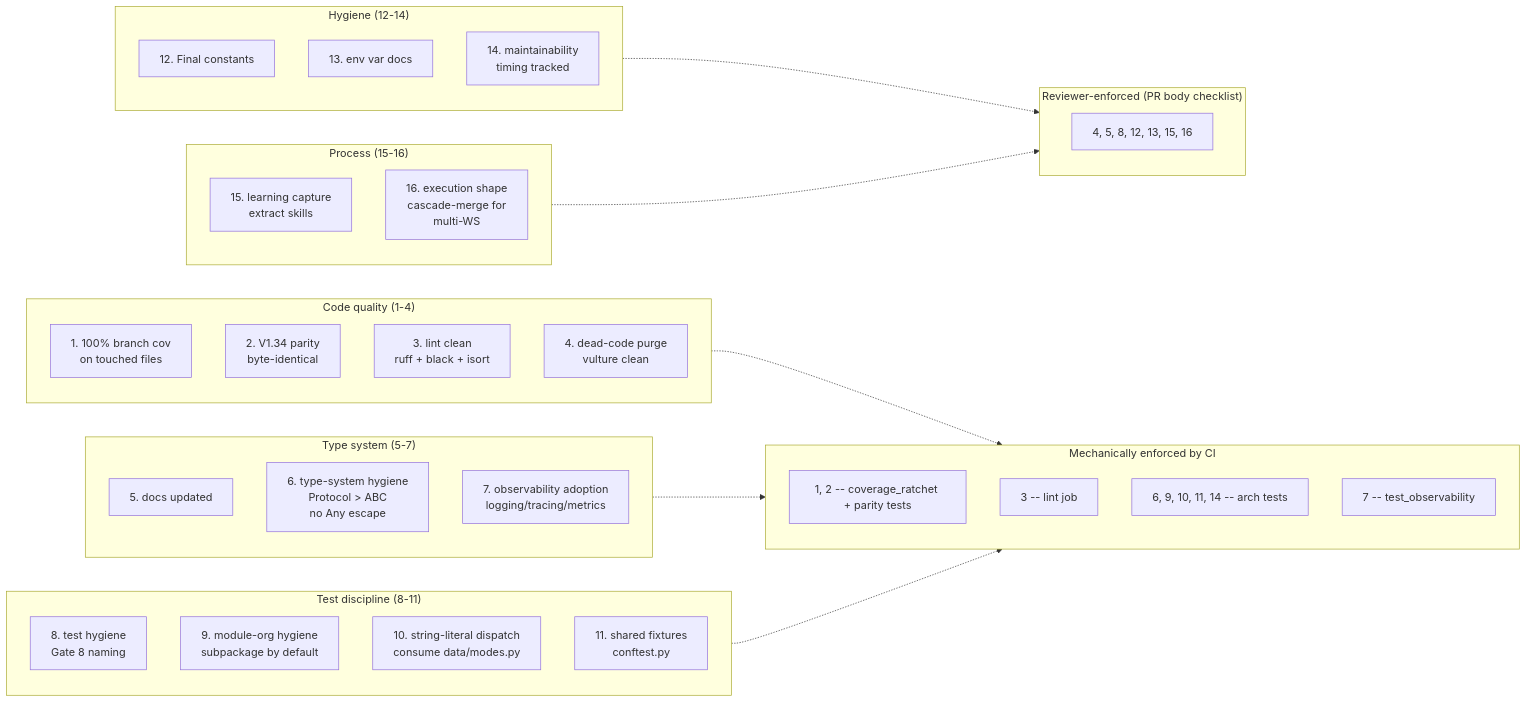
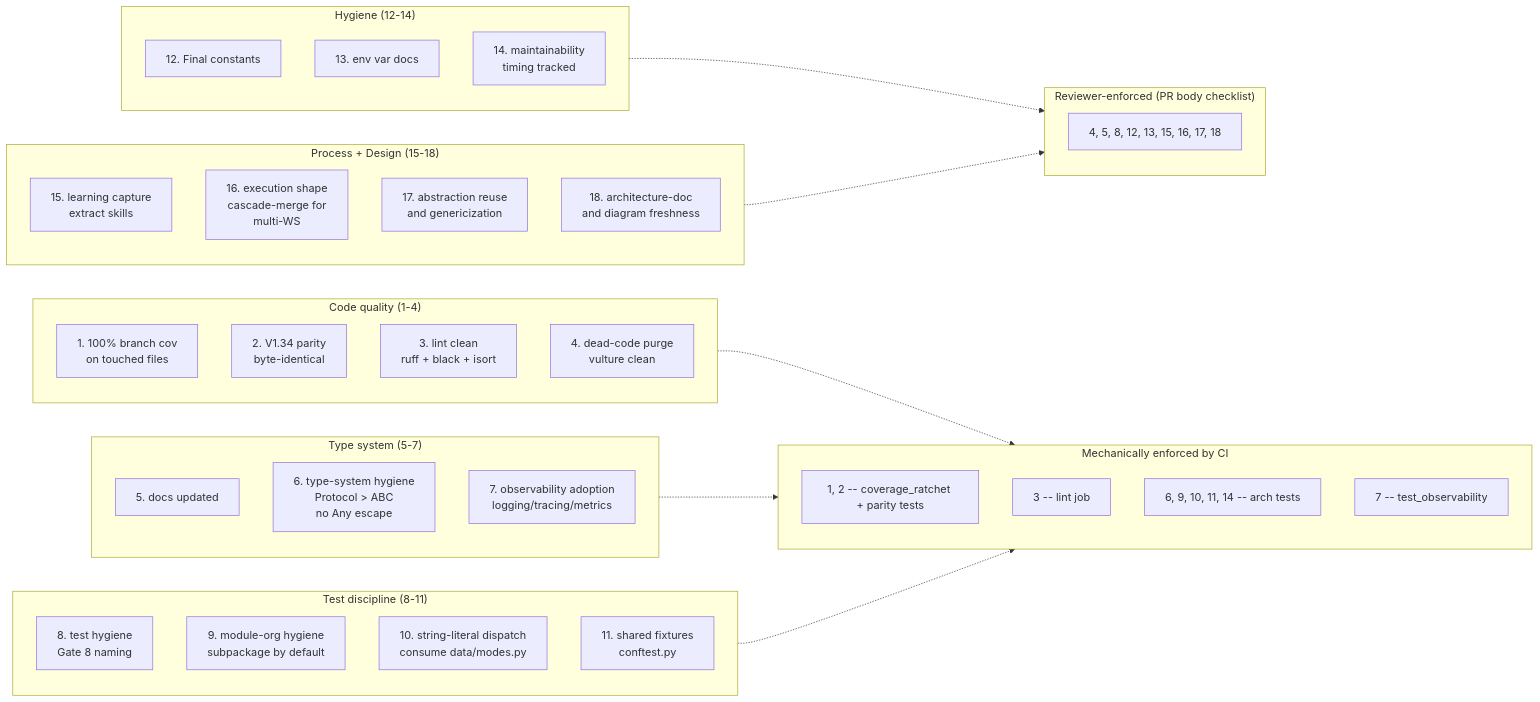
One commit to buzzijose-hub/RytmRandomizer changed diagram 12 of 26 in docs/ARCHITECTURE_DIAGRAMS.md. Above: the diagram before and after it, drawn with Mermaid. The commit also changed other lines of this file and 22 other files, not shown here.

````diff
--- a/docs/ARCHITECTURE_DIAGRAMS.md
+++ b/docs/ARCHITECTURE_DIAGRAMS.md
@@ -793,50 +793,52 @@
 ```mermaid
 flowchart LR
     subgraph Code["Code quality (1-4)"]
         G1["1. 100% branch cov<br/>on touched files"]
         G2["2. V1.34 parity<br/>byte-identical"]
         G3["3. lint clean<br/>ruff + black + isort"]
         G4["4. dead-code purge<br/>vulture clean"]
     end
 
     subgraph Type["Type system (5-7)"]
         G5["5. docs updated"]
         G6["6. type-system hygiene<br/>Protocol > ABC<br/>no Any escape"]
         G7["7. observability adoption<br/>logging/tracing/metrics"]
     end
 
     subgraph Test["Test discipline (8-11)"]
         G8["8. test hygiene<br/>Gate 8 naming"]
         G9["9. module-org hygiene<br/>subpackage by default"]
         G10["10. string-literal dispatch<br/>consume data/modes.py"]
         G11["11. shared fixtures<br/>conftest.py"]
     end
 
     subgraph Hygiene["Hygiene (12-14)"]
         G12["12. Final constants"]
         G13["13. env var docs"]
         G14["14. maintainability<br/>timing tracked"]
     end
 
-    subgraph Process["Process (15-16)"]
+    subgraph Process["Process + Design (15-18)"]
         G15["15. learning capture<br/>extract skills"]
         G16["16. execution shape<br/>cascade-merge for<br/>multi-WS"]
+        G17["17. abstraction reuse<br/>and genericization"]
+        G18["18. architecture-doc<br/>and diagram freshness"]
     end
 
     subgraph CIEnforced["Mechanically enforced by CI"]
         Mech1["1, 2 -- coverage_ratchet + parity tests"]
         Mech2["3 -- lint job"]
         Mech3["6, 9, 10, 11, 14 -- arch tests"]
         Mech4["7 -- test_observability"]
     end
 
     subgraph ReviewerEnforced["Reviewer-enforced (PR body checklist)"]
-        Rev1["4, 5, 8, 12, 13, 15, 16"]
+        Rev1["4, 5, 8, 12, 13, 15, 16, 17, 18"]
     end
 
     Code -.-> CIEnforced
     Type -.-> CIEnforced
     Test -.-> CIEnforced
     Hygiene -.-> ReviewerEnforced
     Process -.-> ReviewerEnforced
 ```
````
